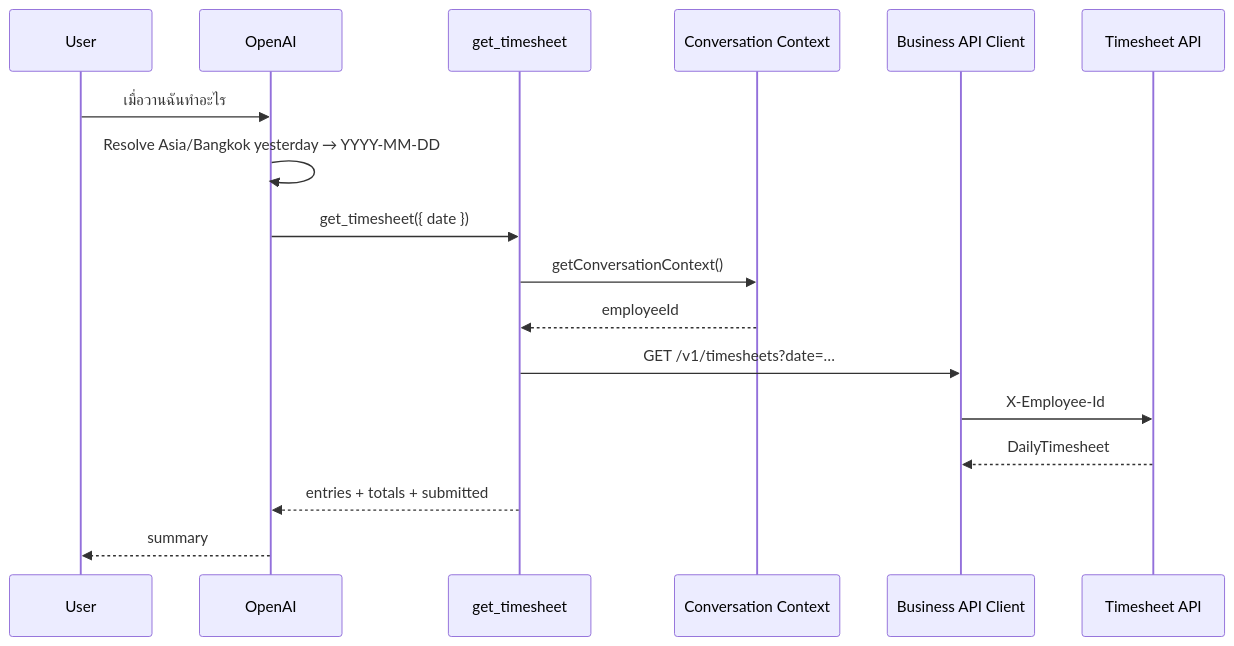
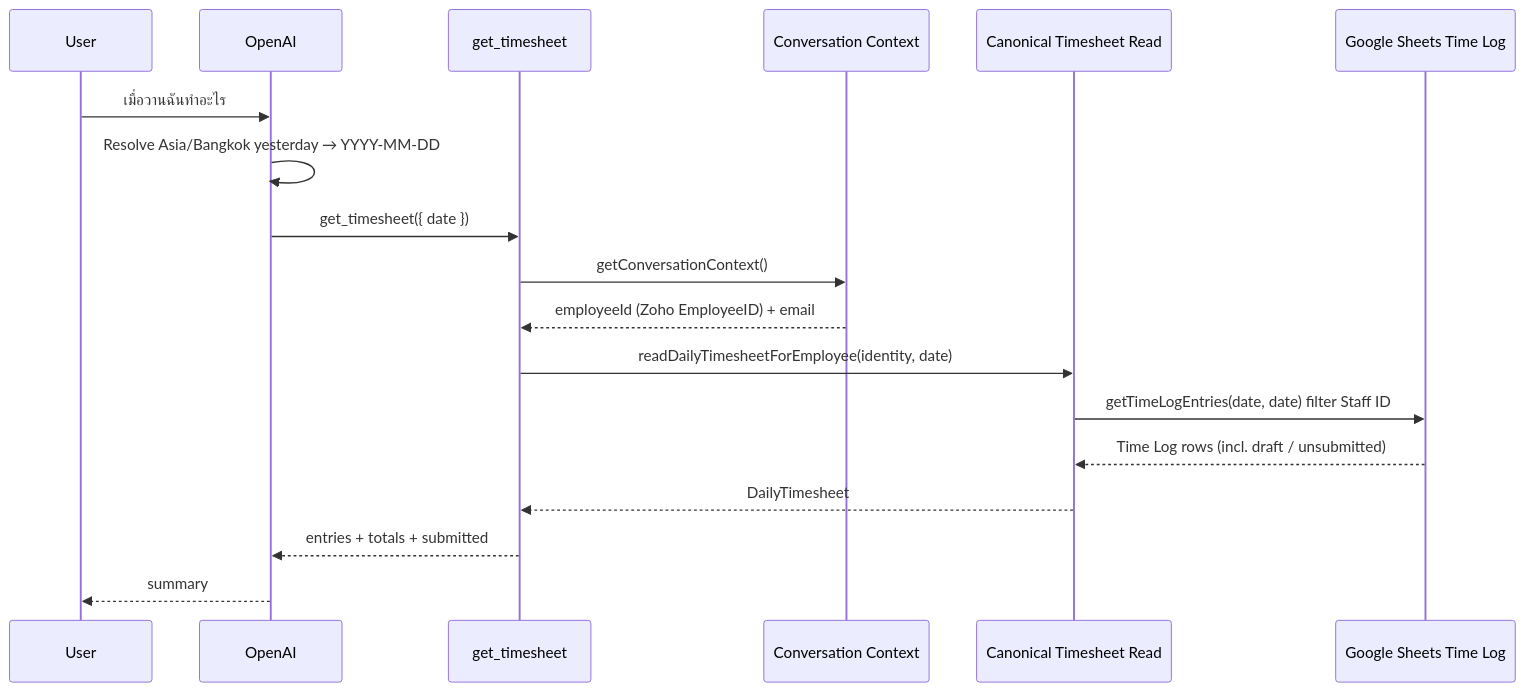
The diagram in doc/features/business-tools/Get Timesheet.md (shopstack-asia/shopstack-timesheet), drawn with Mermaid before and after one commit. The commit also changed other lines of this file and 34 other files, not shown here.

Commit message:
Implement a secure read-only identity diagnostic tool

````diff
--- a/doc/features/business-tools/Get Timesheet.md
+++ b/doc/features/business-tools/Get Timesheet.md
@@ -23,20 +25,21 @@
 ```mermaid
 sequenceDiagram
   participant U as User
   participant AI as OpenAI
   participant T as get_timesheet
   participant Ctx as Conversation Context
-  participant C as Business API Client
-  participant API as Timesheet API
+  participant R as Canonical Timesheet Read
+  participant S as Google Sheets Time Log
 
   U->>AI: เมื่อวานฉันทำอะไร
   AI->>AI: Resolve Asia/Bangkok yesterday → YYYY-MM-DD
   AI->>T: get_timesheet({ date })
   T->>Ctx: getConversationContext()
-  Ctx-->>T: employeeId
-  T->>C: GET /v1/timesheets?date=…
-  C->>API: X-Employee-Id
-  API-->>C: DailyTimesheet
+  Ctx-->>T: employeeId (Zoho EmployeeID) + email
+  T->>R: readDailyTimesheetForEmployee(identity, date)
+  R->>S: getTimeLogEntries(date, date) filter Staff ID
+  S-->>R: Time Log rows (incl. draft / unsubmitted)
+  R-->>T: DailyTimesheet
   T-->>AI: entries + totals + submitted
   AI-->>U: summary
 ```
````
